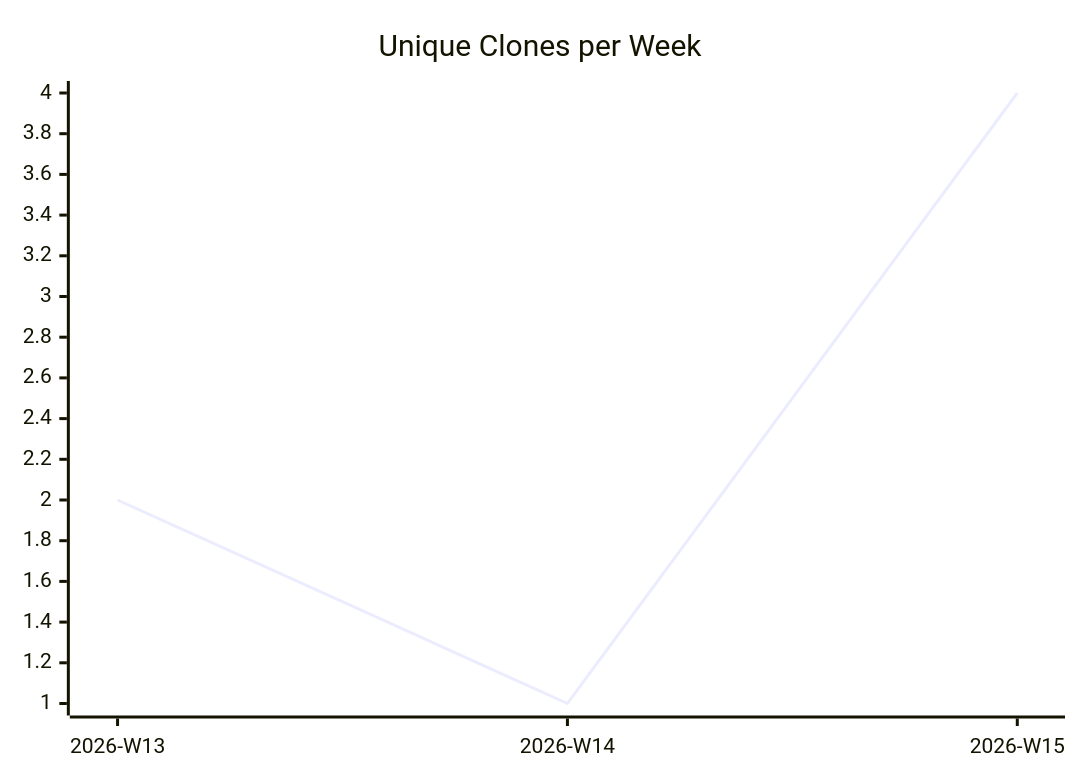
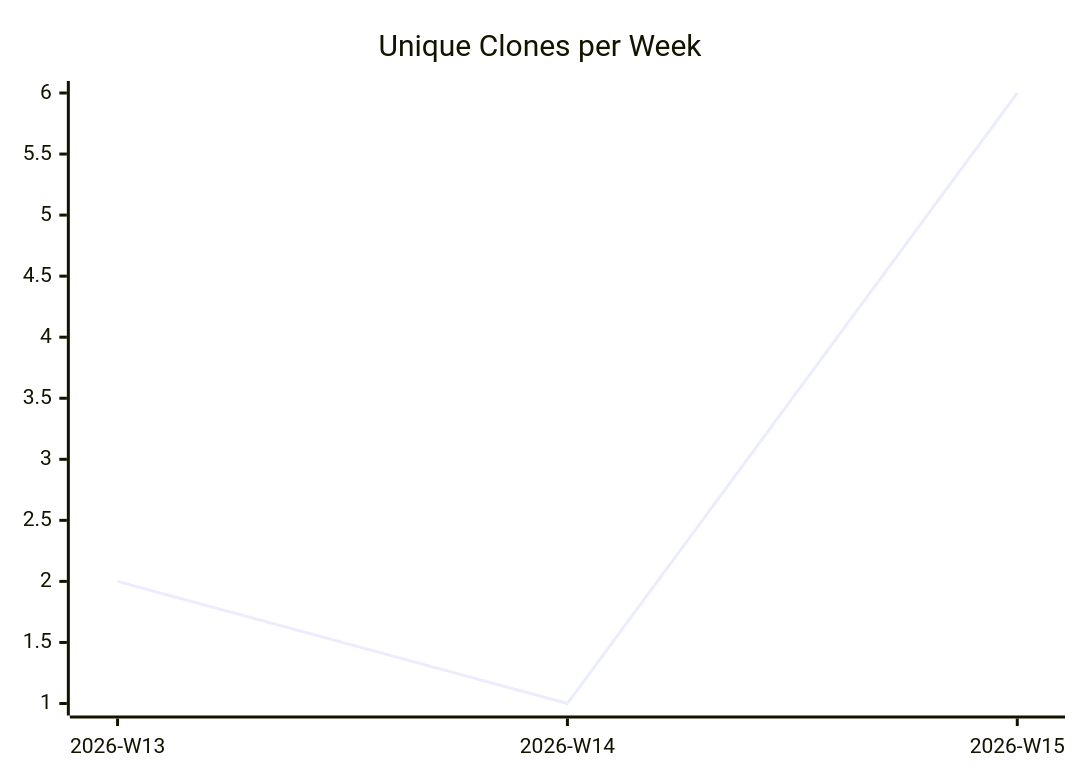
The third of 3 diagrams in karlmdavis/m2e-core/README.md (justdavis-family/github-analytics-data), drawn with Mermaid before and after one commit. The commit also changed other lines of this file and 183 other files, not shown here.

````diff
--- a/karlmdavis/m2e-core/README.md
+++ b/karlmdavis/m2e-core/README.md
@@ -19,6 +19,6 @@
 ```mermaid
 xychart-beta
   title "Unique Clones per Week"
   x-axis ["2026-W13", "2026-W14", "2026-W15"]
-  line [2, 1, 4]
+  line [2, 1, 6]
 ```
````
